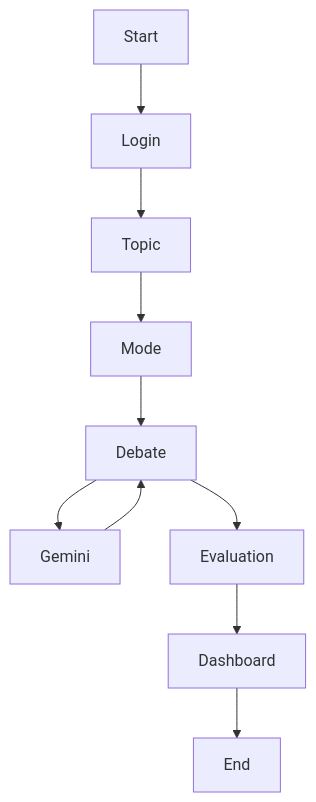
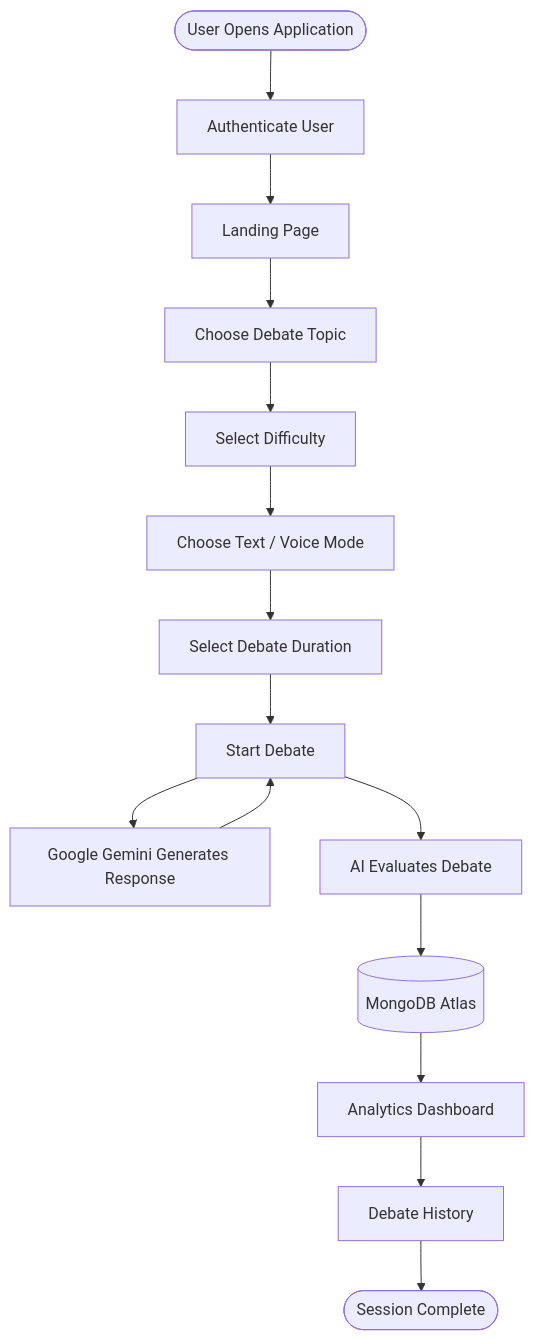
The second of 2 diagrams in README.md (Peethambari123/AI-Debate-Arena2), drawn with Mermaid before and after one commit. The commit also changed other lines of this file, not shown here.

````diff
--- a/README.md
+++ b/README.md
@@ -124,39 +441,59 @@
 ```mermaid
 flowchart TD
 
-Start
+Start([User Opens Application])
 
-Login
+Login[Authenticate User]
 
-Topic
+Home[Landing Page]
 
-Mode
+Topic[Choose Debate Topic]
 
-Debate
+Difficulty[Select Difficulty]
 
-Gemini
+Mode[Choose Text / Voice Mode]
 
-Evaluation
+Timer[Select Debate Duration]
 
-Dashboard
+Debate[Start Debate]
 
-End
+Gemini[Google Gemini Generates Response]
+
+Evaluation[AI Evaluates Debate]
+
+Database[(MongoDB Atlas)]
+
+Dashboard[Analytics Dashboard]
+
+History[Debate History]
+
+End([Session Complete])
 
 Start --> Login
 
-Login --> Topic
+Login --> Home
 
-Topic --> Mode
+Home --> Topic
 
-Mode --> Debate
+Topic --> Difficulty
+
+Difficulty --> Mode
+
+Mode --> Timer
+
+Timer --> Debate
 
 Debate --> Gemini
 
 Gemini --> Debate
 
 Debate --> Evaluation
 
-Evaluation --> Dashboard
+Evaluation --> Database
 
-Dashboard --> End
+Database --> Dashboard
+
+Dashboard --> History
+
+History --> End
 ```
````
